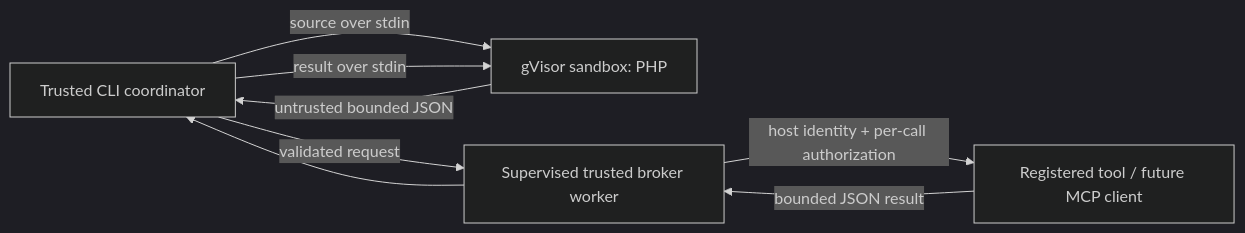
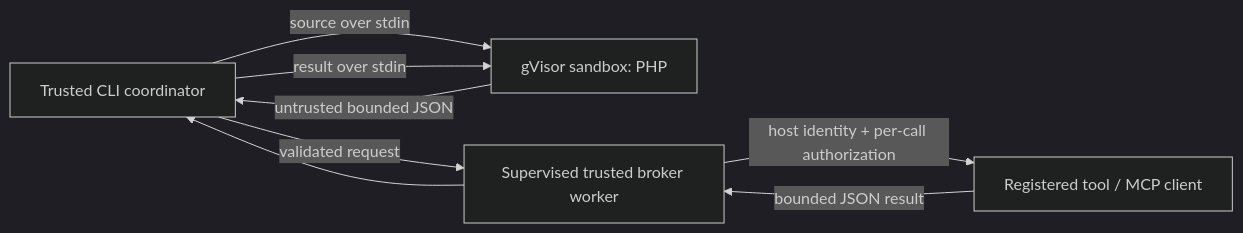
One commit to ronaldtebrake/symfony-hackathon changed the diagram in packages/php-code-mode/docs/security.md. Above: the diagram before and after it, drawn with Mermaid (dark theme). The commit also changed other lines of this file and 50 other files, not shown here.

````diff
--- a/packages/php-code-mode/docs/security.md
+++ b/packages/php-code-mode/docs/security.md
@@ -24,10 +24,10 @@
 ```mermaid
 flowchart LR
     A[Trusted CLI coordinator] -->|source over stdin| B[gVisor sandbox: PHP]
     B -->|untrusted bounded JSON| A
     A -->|validated request| C[Supervised trusted broker worker]
-    C -->|host identity + per-call authorization| D[Registered tool / future MCP client]
+    C -->|host identity + per-call authorization| D[Registered tool / MCP client]
     D -->|bounded JSON result| C
     C --> A
     A -->|result over stdin| B
 ```
````
